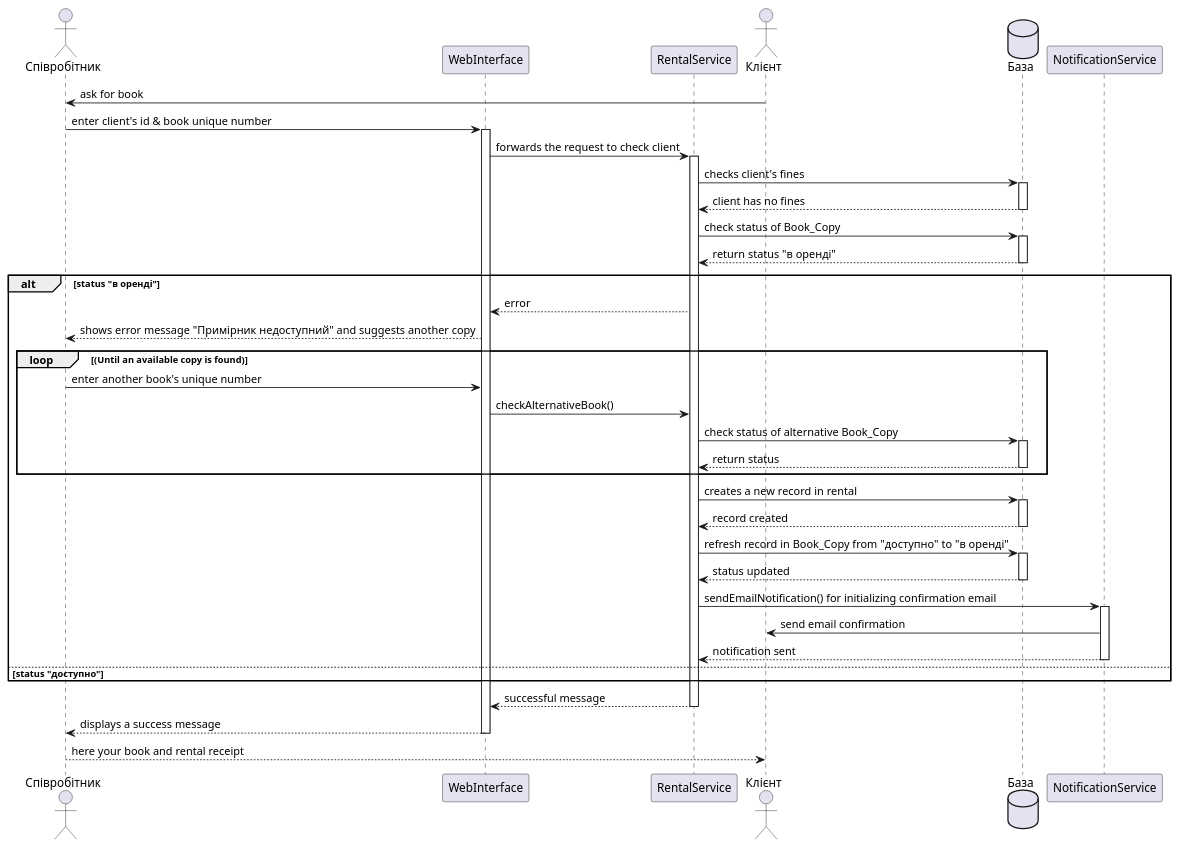
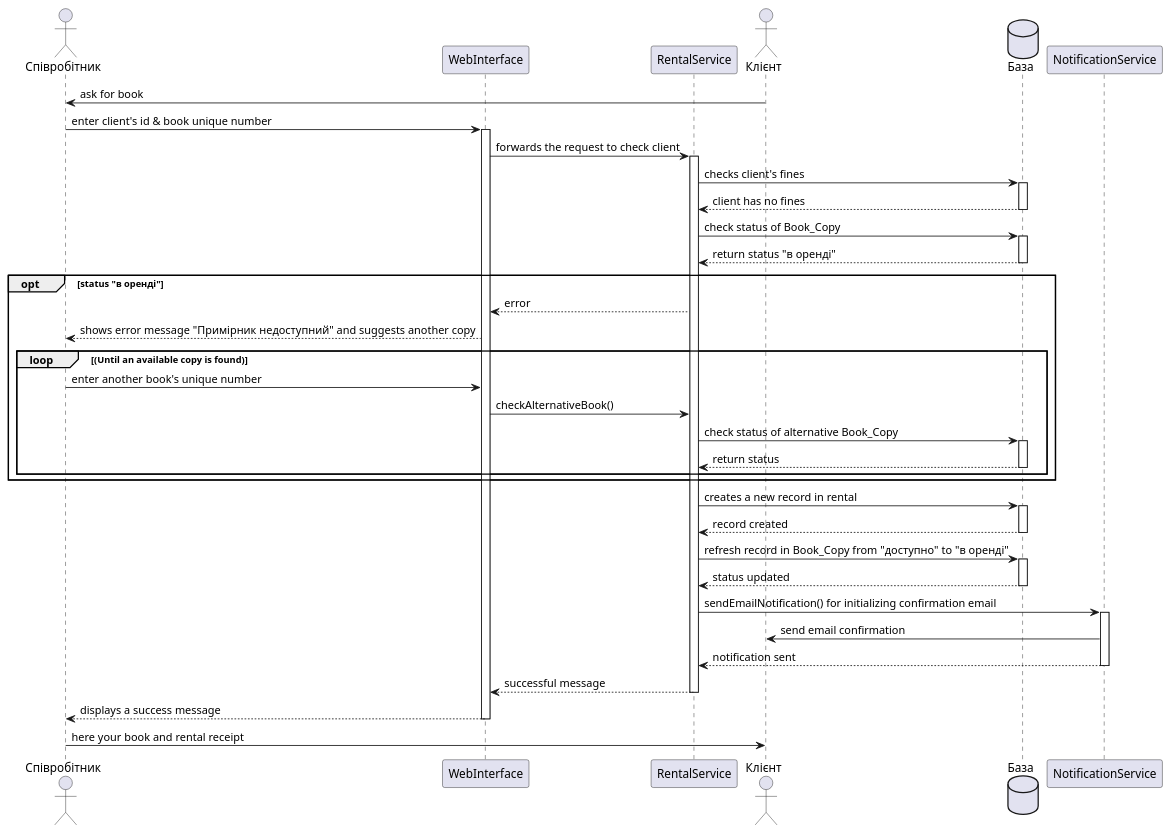
Before and after one commit to sofiakiosova37-boop/bookshop_kpi2: the second of 4 diagrams in task3/sequence.puml, drawn with PlantUML. The commit also changed other lines of this file, not shown here.

Commit message:
alt changed for otp in 2

```diff
--- a/task3/sequence.puml
+++ b/task3/sequence.puml
@@ -45,41 +45,39 @@
 @startuml
 actor Співробітник as staff
 participant WebInterface as ui
 participant RentalService as service
 actor Клієнт as cus
 database База as DB
 participant NotificationService as notify
 
 cus -> staff: ask for book
 staff -> ui ++: enter client's id & book unique number
 ui -> service ++: forwards the request to check client
 service -> DB ++: checks client's fines
 service <-- DB --: client has no fines
 service -> DB ++: check status of Book_Copy
 service <-- DB --: return status "в оренді"
 
-alt status "в оренді"
+opt status "в оренді"
     ui <-- service: error
     staff <-- ui: shows error message "Примірник недоступний" and suggests another copy
 
     loop (Until an available copy is found)
         staff -> ui: enter another book's unique number
         ui -> service: checkAlternativeBook()
         service -> DB ++: check status of alternative Book_Copy
         service <-- DB --: return status
     end loop
+end
 
-    service -> DB ++: creates a new record in rental
-    service <-- DB --: record created
-    service -> DB ++: refresh record in Book_Copy from "доступно" to "в оренді"
-    service <-- DB --: status updated
-    service -> notify ++: sendEmailNotification() for initializing confirmation email
-    notify -> cus: send email confirmation
-    service <-- notify --: notification sent
-else status "доступно"
-end alt
-
+service -> DB ++: creates a new record in rental
+service <-- DB --: record created
+service -> DB ++: refresh record in Book_Copy from "доступно" to "в оренді"
+service <-- DB --: status updated
+service -> notify ++: sendEmailNotification() for initializing confirmation email
+notify -> cus: send email confirmation
+service <-- notify --: notification sent
 ui <-- service --: successful message
 staff <-- ui --: displays a success message
-cus <-- staff: here your book and rental receipt
+staff -> cus: here your book and rental receipt
 @enduml
```
